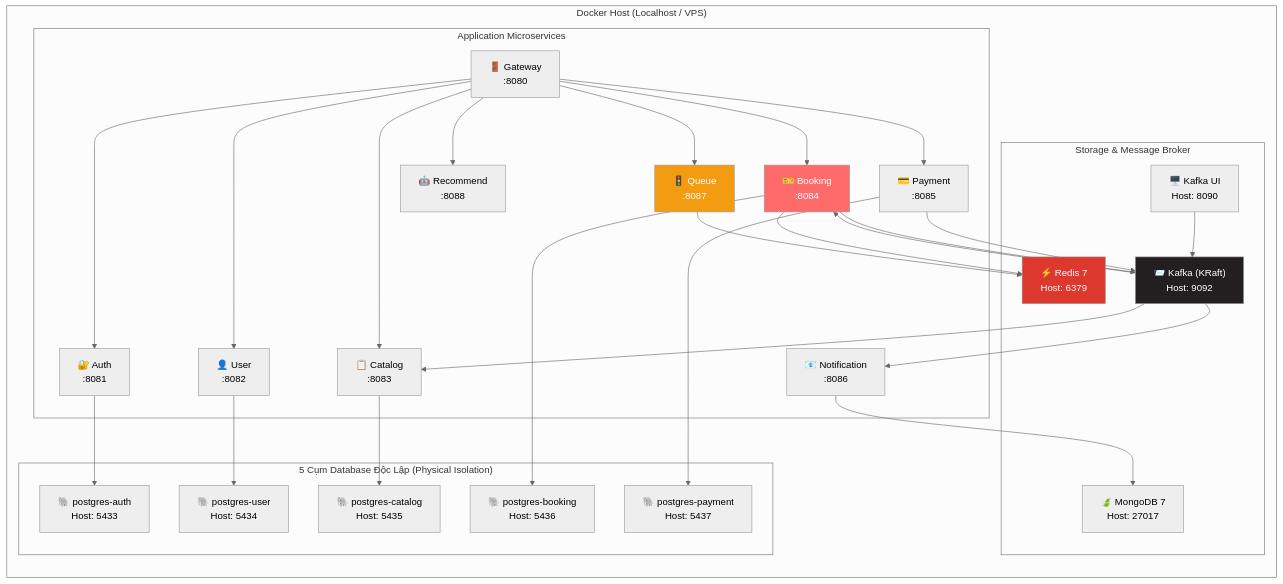
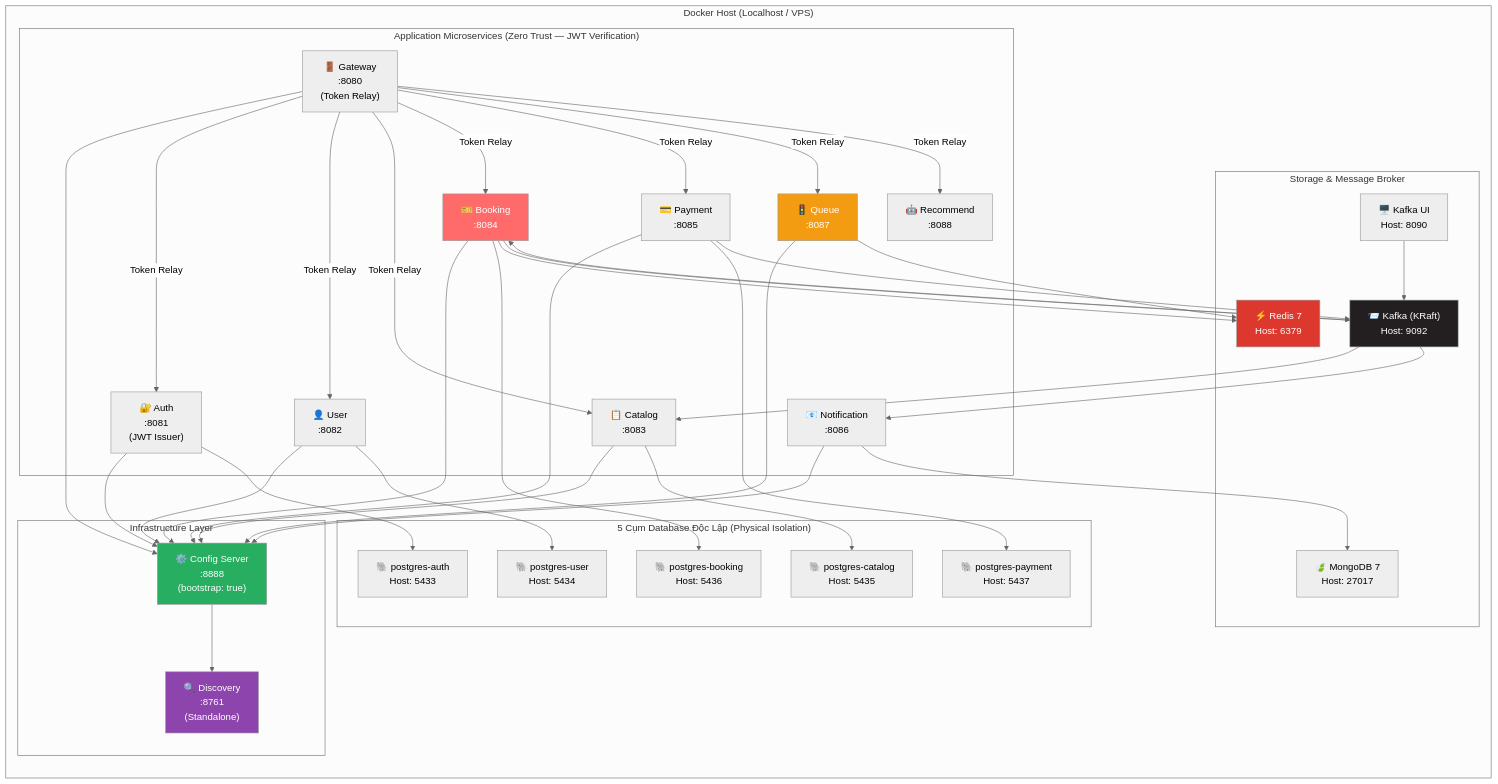
The eighth of 9 diagrams in docs/architecture-diagrams.md (dangngockhieu/TicketBooking), drawn with Mermaid (neutral theme) before and after one commit. The commit also changed other lines of this file and 15 other files, not shown here.

Commit message:
chore(auth): bootstrap auth-service skeleton and centralized configuration

````diff
--- a/docs/architecture-diagrams.md
+++ b/docs/architecture-diagrams.md
@@ -315,48 +412,62 @@
 ```mermaid
 flowchart LR
     subgraph HostEnvironment["Docker Host (Localhost / VPS)"]
+        subgraph InfraLayer["Infrastructure Layer"]
+            EUREKA["🔍 Discovery<br/>:8761<br/>(Standalone)"]
+            CONFIG["⚙️ Config Server<br/>:8888<br/>(bootstrap: true)"]
+        end
+
         subgraph Databases["5 Cụm Database Độc Lập (Physical Isolation)"]
             PG_A["🐘 postgres-auth<br/>Host: 5433"]
             PG_U["🐘 postgres-user<br/>Host: 5434"]
             PG_C["🐘 postgres-catalog<br/>Host: 5435"]
             PG_B["🐘 postgres-booking<br/>Host: 5436"]
             PG_P["🐘 postgres-payment<br/>Host: 5437"]
         end
 
         subgraph StorageQueue["Storage & Message Broker"]
             REDIS["⚡ Redis 7<br/>Host: 6379"]
             MONGO["🍃 MongoDB 7<br/>Host: 27017"]
             KAFKA["📨 Kafka (KRaft)<br/>Host: 9092"]
             KAFKA_UI["🖥️ Kafka UI<br/>Host: 8090"]
         end
 
-        subgraph ApplicationServices["Application Microservices"]
-            GW["🚪 Gateway<br/>:8080"]
-            AUTH["🔐 Auth<br/>:8081"]
+        subgraph ApplicationServices["Application Microservices (Zero Trust — JWT Verification)"]
+            GW["🚪 Gateway<br/>:8080<br/>(Token Relay)"]
+            AUTH["🔐 Auth<br/>:8081<br/>(JWT Issuer)"]
             USER["👤 User<br/>:8082"]
             CATALOG["📋 Catalog<br/>:8083"]
             BOOKING["🎫 Booking<br/>:8084"]
             PAYMENT["💳 Payment<br/>:8085"]
             NOTIF["📧 Notification<br/>:8086"]
             QUEUE["🚦 Queue<br/>:8087"]
             REC["🤖 Recommend<br/>:8088"]
         end
     end
 
-    GW --> AUTH & USER & CATALOG & BOOKING & PAYMENT & QUEUE & REC
+    %% Config-First: services pull config
+    AUTH & USER & CATALOG & BOOKING & PAYMENT & QUEUE & NOTIF & GW --> CONFIG
+    CONFIG --> EUREKA
+
+    %% Gateway routes with Token Relay
+    GW -- "Token Relay" --> AUTH & USER & CATALOG & BOOKING & PAYMENT & QUEUE & REC
+
+    %% Data layer
     AUTH --> PG_A
     USER --> PG_U
     CATALOG --> PG_C
     BOOKING --> PG_B & REDIS
     PAYMENT --> PG_P
     QUEUE --> REDIS
     NOTIF --> MONGO
     PAYMENT & BOOKING --> KAFKA
     KAFKA --> BOOKING & CATALOG & NOTIF
     KAFKA_UI --> KAFKA
 
     style BOOKING fill:#ff6b6b,color:#fff
     style QUEUE fill:#f39c12,color:#fff
     style KAFKA fill:#231f20,color:#fff
     style REDIS fill:#dc382d,color:#fff
+    style CONFIG fill:#27ae60,color:#fff
+    style EUREKA fill:#8e44ad,color:#fff
 ```
````
